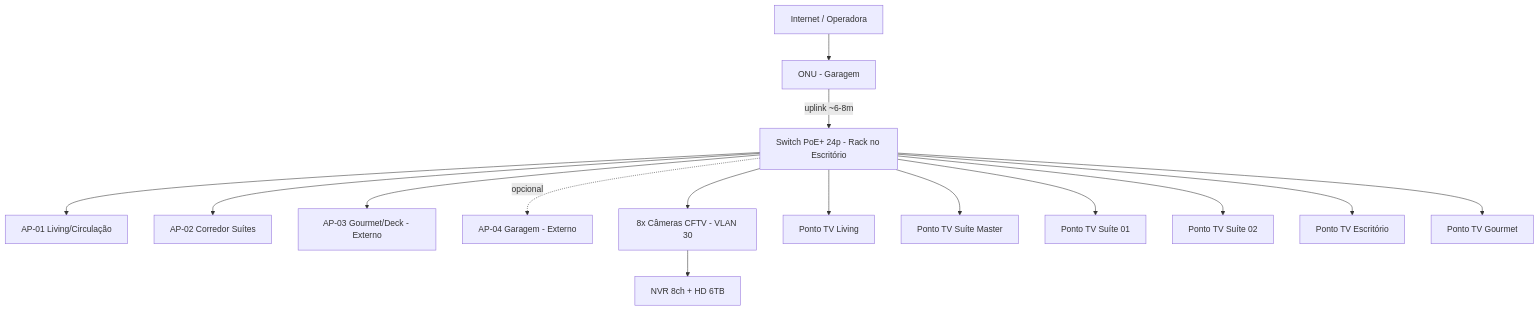
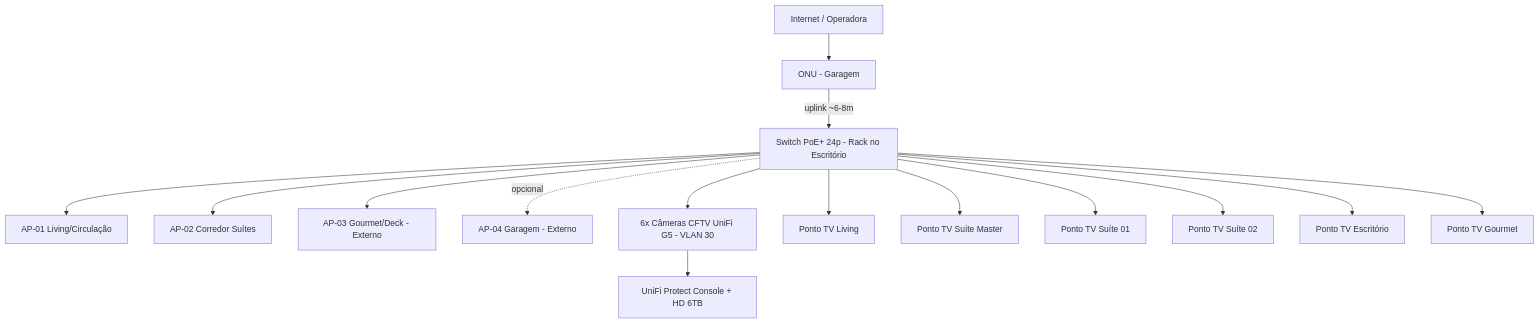
The diagram in SWISS-J26-Patrick/escopo-rede-wifi-cftv-cabeamento.md (ipsuporte/projeto_cliente_mp), drawn with Mermaid before and after one commit. The commit also changed other lines of this file and 1 other file, not shown here.

````diff
--- a/SWISS-J26-Patrick/escopo-rede-wifi-cftv-cabeamento.md
+++ b/SWISS-J26-Patrick/escopo-rede-wifi-cftv-cabeamento.md
@@ -226,17 +229,17 @@
 ```mermaid
 flowchart TB
     INT[Internet / Operadora] --> ONU[ONU - Garagem]
     ONU -- uplink ~6-8m --> SW[Switch PoE+ 24p - Rack no Escritório]
     SW --> AP1[AP-01 Living/Circulação]
     SW --> AP2[AP-02 Corredor Suítes]
     SW --> AP3[AP-03 Gourmet/Deck - Externo]
     SW -.opcional.-> AP4[AP-04 Garagem - Externo]
-    SW --> CAM[8x Câmeras CFTV - VLAN 30]
-    CAM --> NVR[NVR 8ch + HD 6TB]
+    SW --> CAM[6x Câmeras CFTV UniFi G5 - VLAN 30]
+    CAM --> NVR[UniFi Protect Console + HD 6TB]
     SW --> TV1[Ponto TV Living]
     SW --> TV2[Ponto TV Suíte Master]
     SW --> TV3[Ponto TV Suíte 01]
     SW --> TV4[Ponto TV Suíte 02]
     SW --> TV5[Ponto TV Escritório]
     SW --> TV6[Ponto TV Gourmet]
 ```
````
